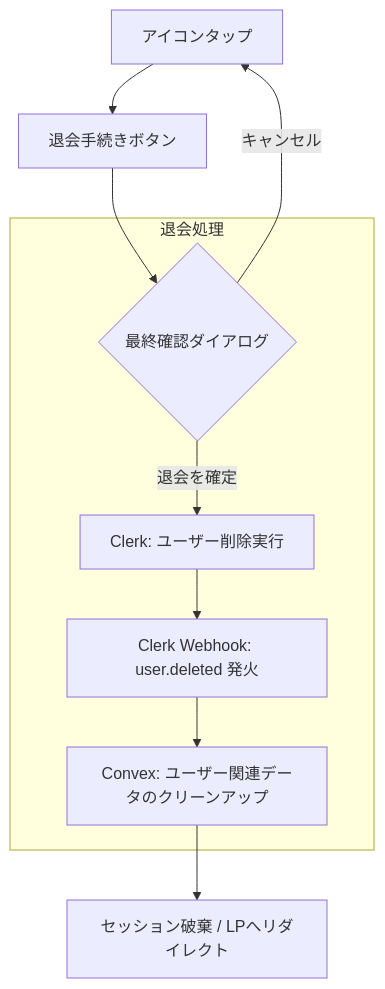
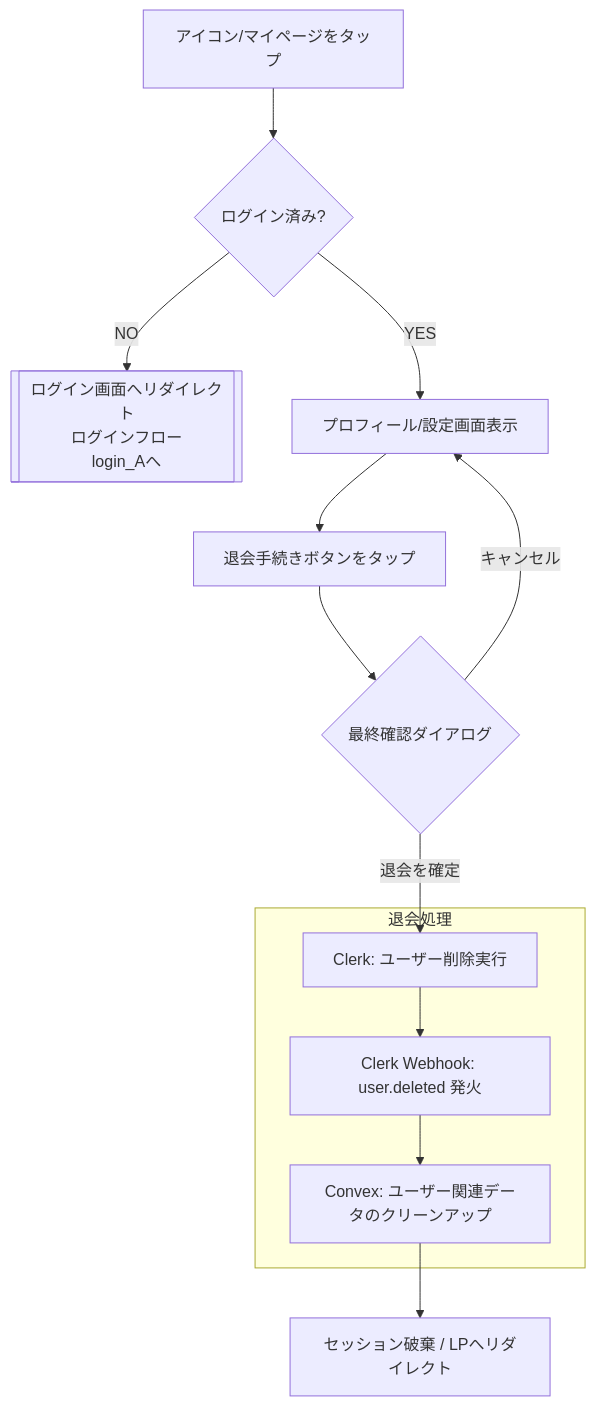
The second of 5 diagrams in src/content/docs/functional-design/customer/account.md (reflenge/mobipita-docs), drawn with Mermaid before and after one commit. The commit also changed other lines of this file, not shown here.

````diff
--- a/src/content/docs/functional-design/customer/account.md
+++ b/src/content/docs/functional-design/customer/account.md
@@ -86,16 +84,29 @@
 ```mermaid
 flowchart TD
 
-withdraw_A[アイコンタップ] --> withdraw_B[退会手続きボタン]
-withdraw_B --> withdraw_C{最終確認ダイアログ}
+withdraw_A[アイコン/マイページをタップ] --> withdraw_B{ログイン済み?}
 
-withdraw_C -->|キャンセル| withdraw_A
+%% ログイン判定の分岐
+withdraw_B -->|NO| withdraw_L_redirect[[ログイン画面へリダイレクト<br>ログインフロー<br>login_Aへ]]
+withdraw_B -->|YES| withdraw_C[プロフィール/設定画面表示]
 
-subgraph 退会処理 
-  withdraw_C -->|退会を確定| withdraw_D[Clerk: ユーザー削除実行]
-  withdraw_D --> withdraw_E[Clerk Webhook: user.deleted 発火]
-  withdraw_E --> withdraw_F[Convex: ユーザー関連データのクリーンアップ]
+%% 退会手続きの開始
+withdraw_C --> withdraw_D[退会手続きボタンをタップ]
+withdraw_D --> withdraw_E{最終確認ダイアログ}
+
+withdraw_E -->|キャンセル| withdraw_C
+
+%% ここで一度改行を入れ、定義を明確にします
+subgraph 退会処理
+    withdraw_F[Clerk: ユーザー削除実行]
+    withdraw_G[Clerk Webhook: user.deleted 発火]
+    withdraw_H[Convex: ユーザー関連データのクリーンアップ]
+    
+    withdraw_F --> withdraw_G
+    withdraw_G --> withdraw_H
 end
 
-withdraw_F --> withdraw_G[セッション破棄 / LPへリダイレクト]
+%% subgraph外からの接続
+withdraw_E -->|退会を確定| withdraw_F
+withdraw_H --> withdraw_I[セッション破棄 / LPへリダイレクト]
 ```
````
